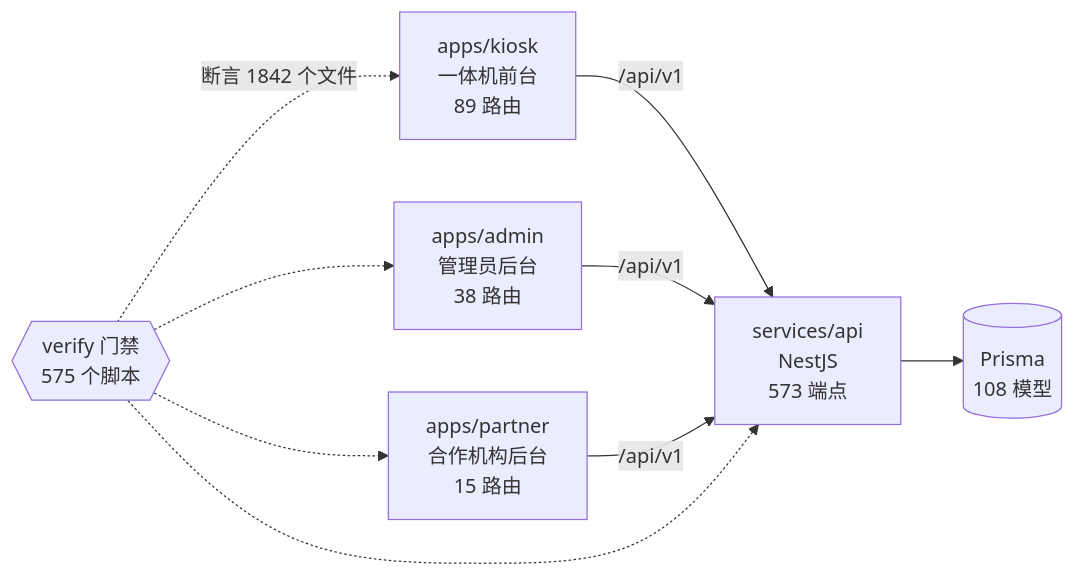
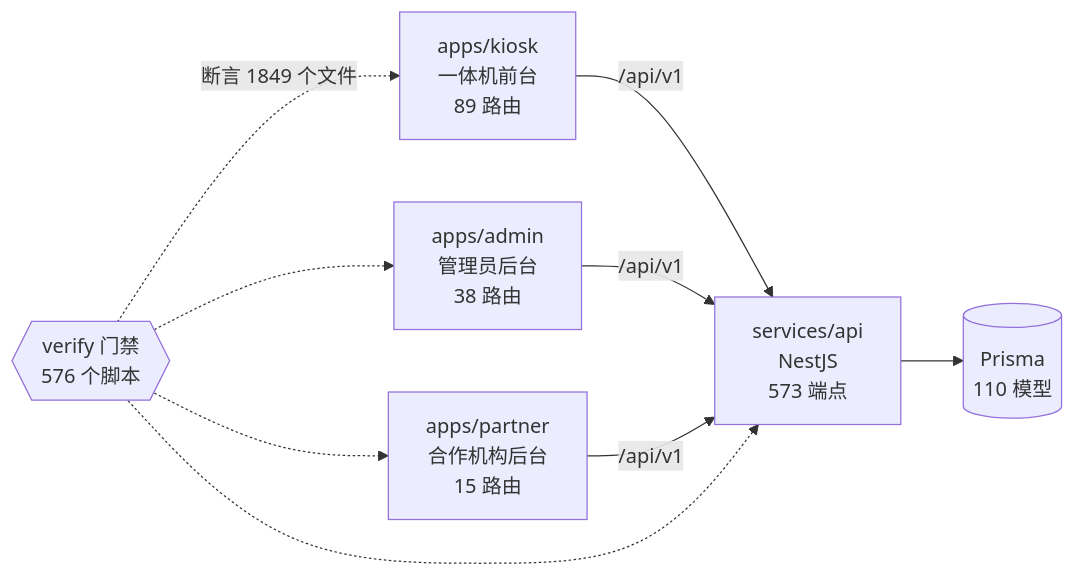
The diagram in docs/graph/README.md (wanglei581/YITIJI), drawn with Mermaid before and after one commit. The commit also changed other lines of this file and 1 other file, not shown here.

Commit message:
chore(graph): #1216 #1207 #1222 合入后重生图谱

````diff
--- a/docs/graph/README.md
+++ b/docs/graph/README.md
@@ -68,18 +68,18 @@
 ```mermaid
 flowchart LR
   kiosk["apps/kiosk<br/>一体机前台<br/>89 路由"]
   admin["apps/admin<br/>管理员后台<br/>38 路由"]
   partner["apps/partner<br/>合作机构后台<br/>15 路由"]
   api["services/api<br/>NestJS<br/>573 端点"]
-  db[("Prisma<br/>108 模型")]
-  gates{{"verify 门禁<br/>575 个脚本"}}
+  db[("Prisma<br/>110 模型")]
+  gates{{"verify 门禁<br/>576 个脚本"}}
 
   kiosk -->|"/api/v1"| api
   admin -->|"/api/v1"| api
   partner -->|"/api/v1"| api
   api --> db
-  gates -.->|"断言 1842 个文件"| kiosk
+  gates -.->|"断言 1849 个文件"| kiosk
   gates -.-> admin
   gates -.-> partner
   gates -.-> api
 ```
````
